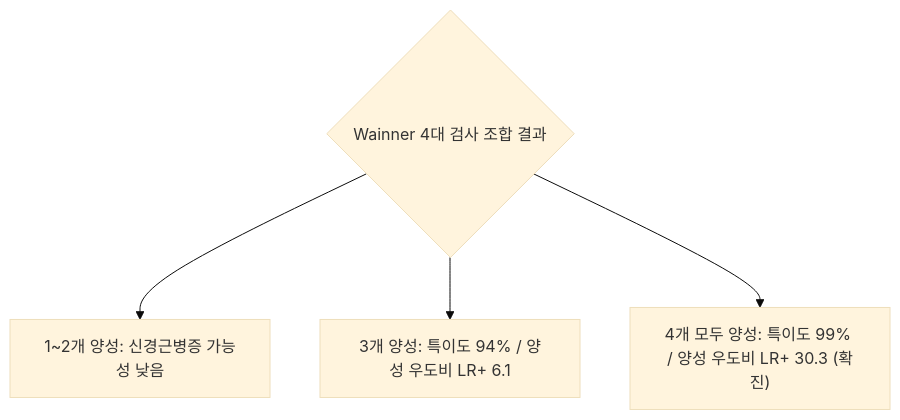
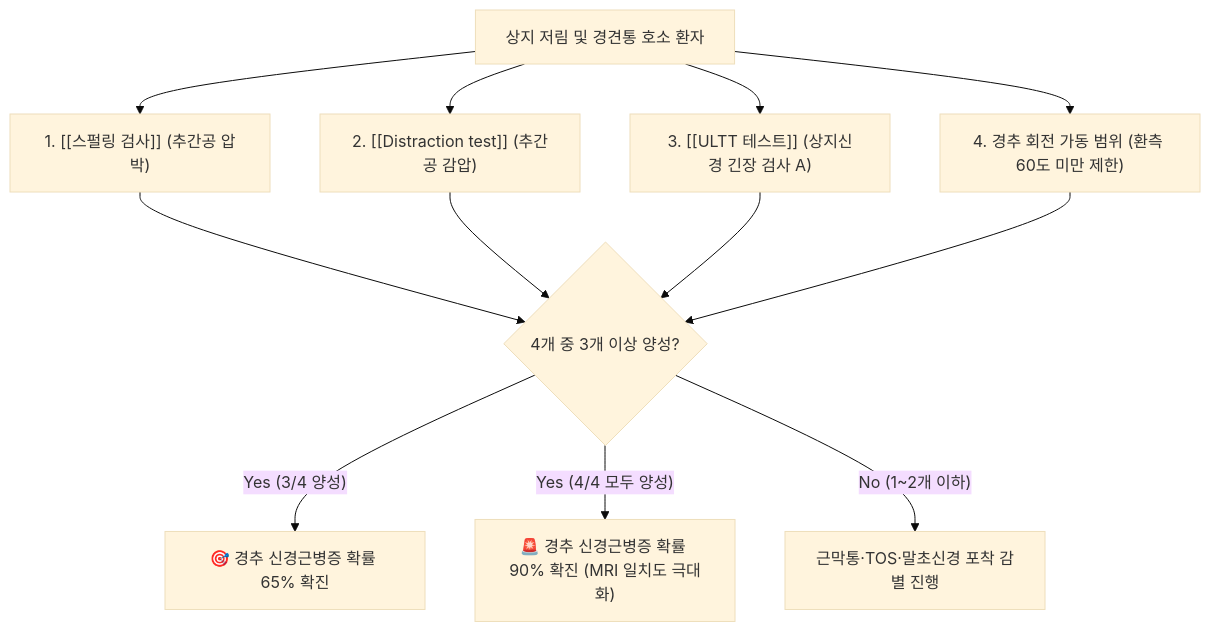
The second of 2 diagrams in content/1. 근골격계 공부/이학적 검사/01_경추/Distraction test.md (simbio11/simbio-digital-garden2), drawn with Mermaid (base theme) before and after one commit. The commit also changed other lines of this file and 151 other files, not shown here.

````diff
--- a/content/1. 근골격계 공부/이학적 검사/01_경추/Distraction test.md
+++ b/content/1. 근골격계 공부/이학적 검사/01_경추/Distraction test.md
@@ -153,6 +100,12 @@
 ```mermaid
 graph TD
-    ClusterCheck{"Wainner 4대 검사 조합 결과"} --> OneTwo["1~2개 양성: 신경근병증 가능성 낮음"]
-    ClusterCheck --> Three["3개 양성: 특이도 94% / 양성 우도비 LR+ 6.1"]
-    ClusterCheck --> Four["4개 모두 양성: 특이도 99% / 양성 우도비 LR+ 30.3 (확진)"]
+    Radicular["상지 저림 및 경견통 호소 환자"] --> Test1["1. [[스펄링 검사]] (추간공 압박)"]
+    Radicular --> Test2["2. [[Distraction test]] (추간공 감압)"]
+    Radicular --> Test3["3. [[ULTT 테스트]] (상지신경 긴장 검사 A)"]
+    Radicular --> Test4["4. 경추 회전 가동 범위 (환측 60도 미만 제한)"]
+
+    Test1 & Test2 & Test3 & Test4 --> Eval{"4개 중 3개 이상 양성?"}
+    Eval -- Yes (3/4 양성) --> HighProb["🎯 경추 신경근병증 확률 65% 확진"]
+    Eval -- Yes (4/4 모두 양성) --> Conclude["🚨 경추 신경근병증 확률 90% 확진 (MRI 일치도 극대화)"]
+    Eval -- No (1~2개 이하) --> RuleOut["근막통·TOS·말초신경 포착 감별 진행"]
 ```
````
